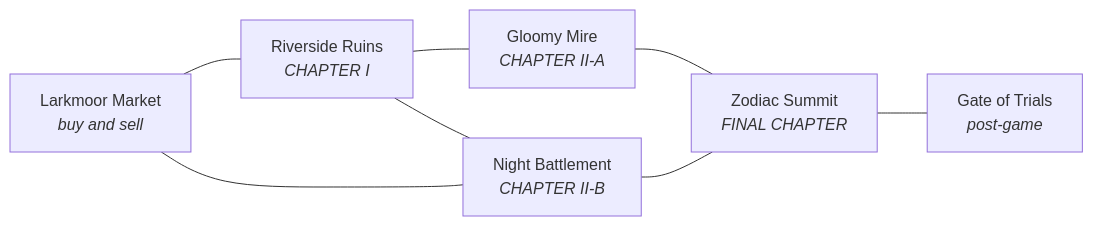
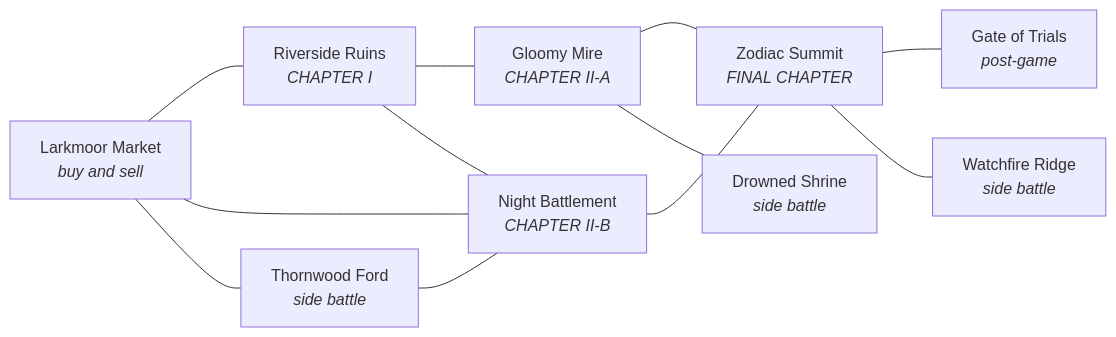
The third of 4 diagrams in docs/CONTENT_REFERENCE.md (CptNope/Chess-RPG-Tactics), drawn with Mermaid before and after one commit. The commit also changed other lines of this file and 38 other files, not shown here.

````diff
--- a/docs/CONTENT_REFERENCE.md
+++ b/docs/CONTENT_REFERENCE.md
@@ -421,16 +444,23 @@
 ```mermaid
 flowchart LR
   market["Larkmoor Market<br/><i>buy and sell</i>"]
   ruins["Riverside Ruins<br/><i>CHAPTER I</i>"]
   mire["Gloomy Mire<br/><i>CHAPTER II-A</i>"]
   battlement["Night Battlement<br/><i>CHAPTER II-B</i>"]
   summit["Zodiac Summit<br/><i>FINAL CHAPTER</i>"]
   trials["Gate of Trials<br/><i>post-game</i>"]
+  thornwood["Thornwood Ford<br/><i>side battle</i>"]
+  shrine["Drowned Shrine<br/><i>side battle</i>"]
+  ridge["Watchfire Ridge<br/><i>side battle</i>"]
   market --- ruins
   market --- battlement
   ruins --- mire
   ruins --- battlement
   mire --- summit
   battlement --- summit
   summit --- trials
+  market --- thornwood
+  thornwood --- battlement
+  mire --- shrine
+  summit --- ridge
 ```
````
